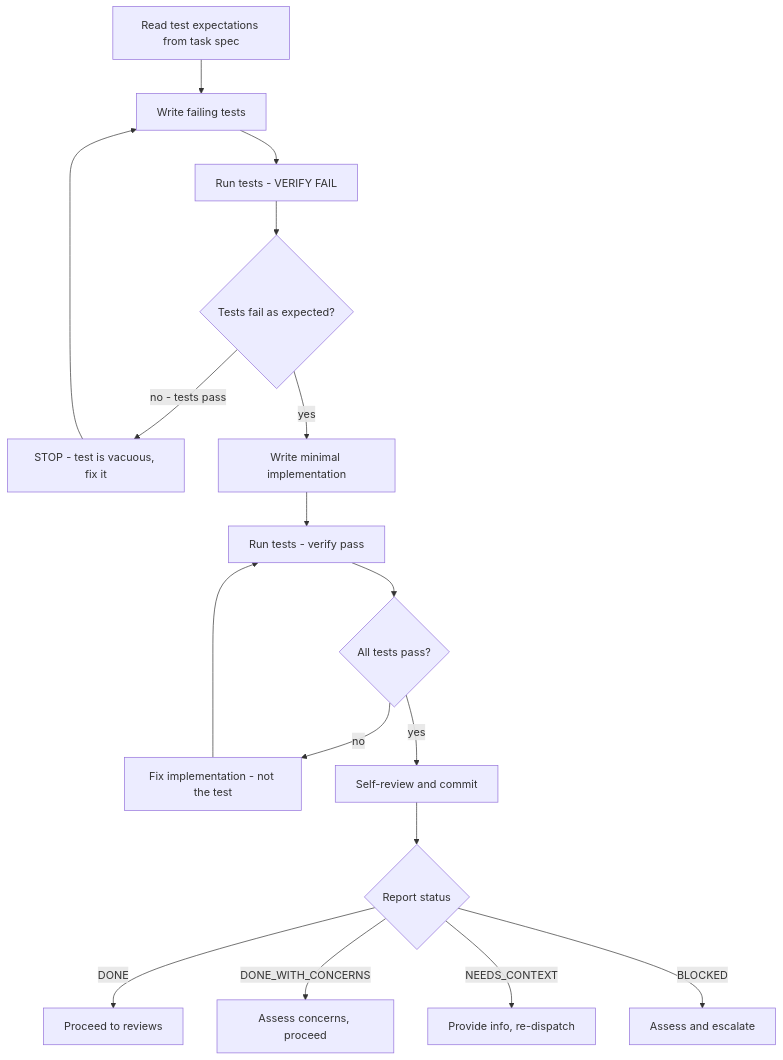
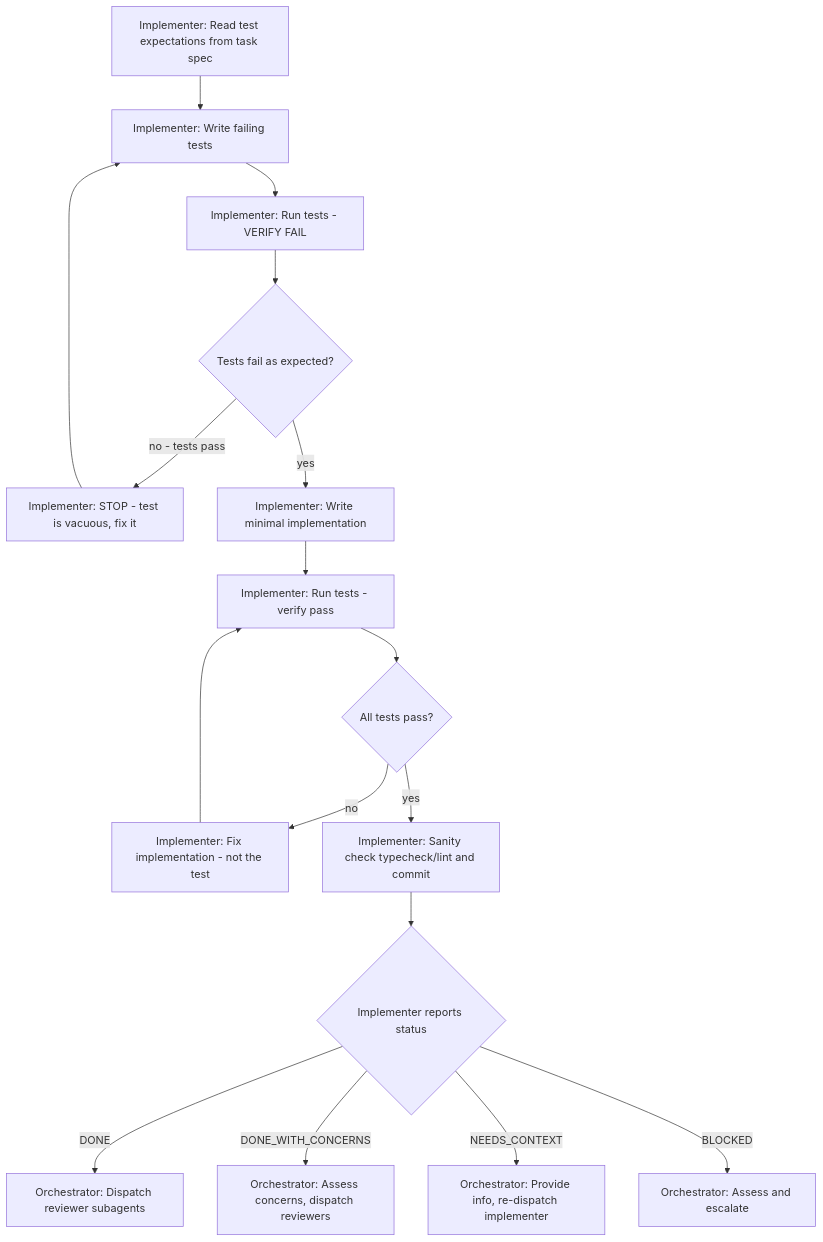
One commit to dfrysinger/qrspi-plus changed the first of 2 diagrams in skills/implement/SKILL.md. Above: the diagram before and after it, drawn with Mermaid. The commit also changed other lines of this file, not shown here.

````diff
--- a/skills/implement/SKILL.md
+++ b/skills/implement/SKILL.md
@@ -72,19 +87,19 @@
 ```mermaid
 flowchart TD
-    A[Read test expectations from task spec] --> B[Write failing tests]
-    B --> C[Run tests - VERIFY FAIL]
+    A[Implementer: Read test expectations from task spec] --> B[Implementer: Write failing tests]
+    B --> C[Implementer: Run tests - VERIFY FAIL]
     C --> D{Tests fail as expected?}
-    D -->|no - tests pass| E[STOP - test is vacuous, fix it]
+    D -->|no - tests pass| E[Implementer: STOP - test is vacuous, fix it]
     E --> B
-    D -->|yes| F[Write minimal implementation]
-    F --> G[Run tests - verify pass]
+    D -->|yes| F[Implementer: Write minimal implementation]
+    F --> G[Implementer: Run tests - verify pass]
     G --> H{All tests pass?}
-    H -->|no| I[Fix implementation - not the test]
+    H -->|no| I[Implementer: Fix implementation - not the test]
     I --> G
-    H -->|yes| J[Self-review and commit]
-    J --> K{Report status}
-    K -->|DONE| L[Proceed to reviews]
-    K -->|DONE_WITH_CONCERNS| M[Assess concerns, proceed]
-    K -->|NEEDS_CONTEXT| N[Provide info, re-dispatch]
-    K -->|BLOCKED| O[Assess and escalate]
+    H -->|yes| J[Implementer: Sanity check typecheck/lint and commit]
+    J --> K{Implementer reports status}
+    K -->|DONE| L[Orchestrator: Dispatch reviewer subagents]
+    K -->|DONE_WITH_CONCERNS| M[Orchestrator: Assess concerns, dispatch reviewers]
+    K -->|NEEDS_CONTEXT| N[Orchestrator: Provide info, re-dispatch implementer]
+    K -->|BLOCKED| O[Orchestrator: Assess and escalate]
 ```
````
